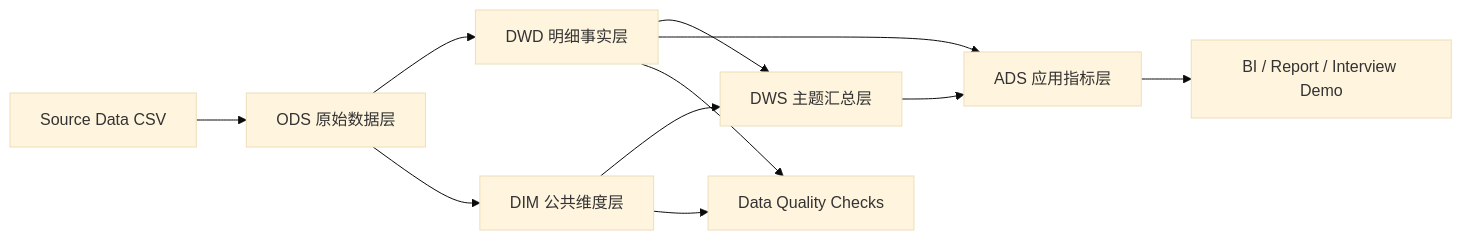
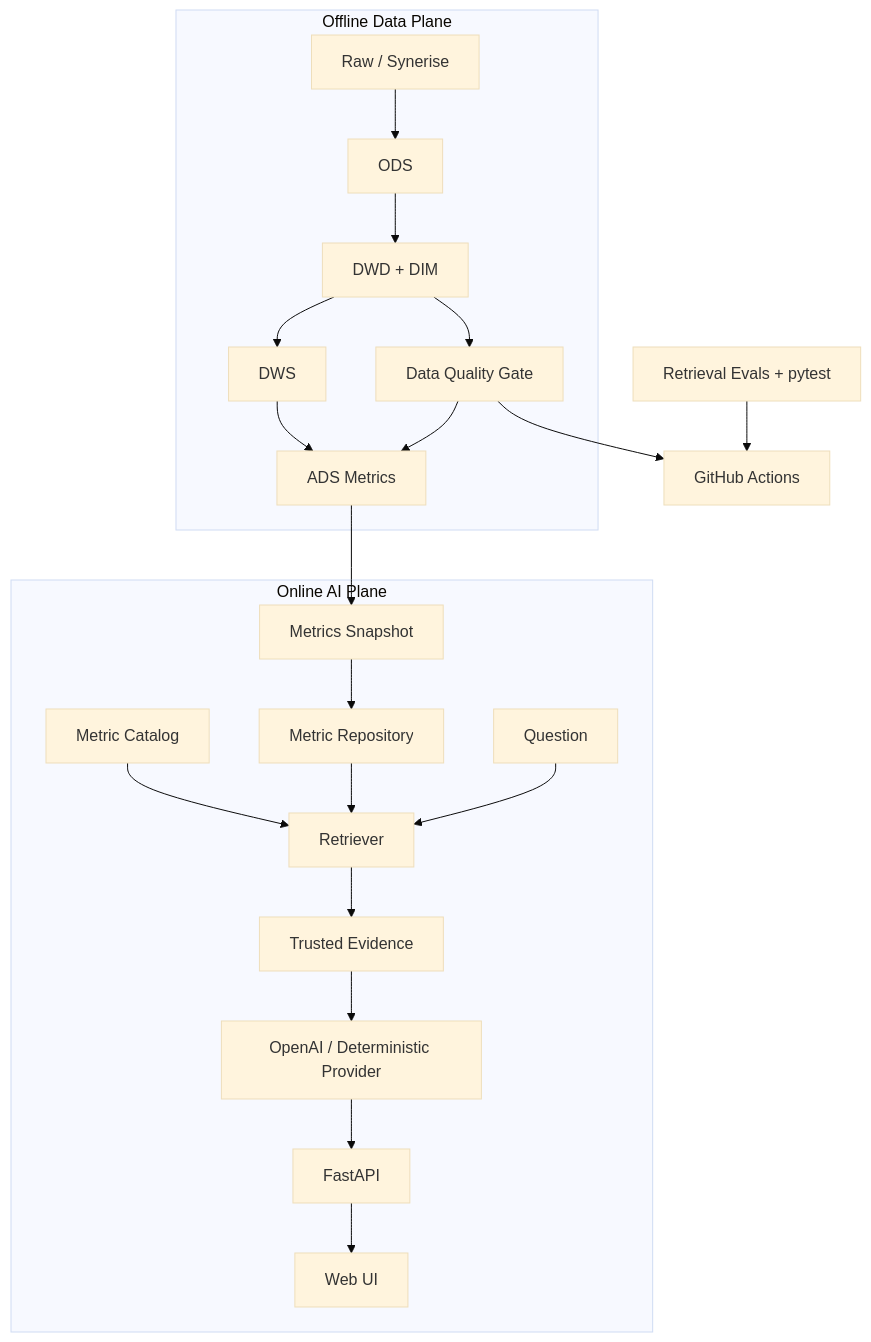
One commit to plutoczm/retailpulse-offline-lakehouse changed the diagram in docs/ARCHITECTURE.md. Above: the diagram before and after it, drawn with Mermaid (base theme). The commit also changed other lines of this file and 68 other files, not shown here.

````diff
--- a/docs/ARCHITECTURE.md
+++ b/docs/ARCHITECTURE.md
@@ -5,13 +5,26 @@
 ```mermaid
-flowchart LR
-  A[Source Data CSV] --> B[ODS 原始数据层]
-  B --> C[DWD 明细事实层]
-  B --> D[DIM 公共维度层]
-  C --> E[DWS 主题汇总层]
-  D --> E
-  E --> F[ADS 应用指标层]
-  C --> F
-  F --> G[BI / Report / Interview Demo]
-  C --> H[Data Quality Checks]
-  D --> H
+flowchart TB
+  subgraph Offline["Offline Data Plane"]
+    A[Raw / Synerise] --> B[ODS]
+    B --> C[DWD + DIM]
+    C --> D[DWS]
+    D --> E[ADS Metrics]
+    C --> Q[Data Quality Gate]
+    Q --> E
+  end
+
+  subgraph Online["Online AI Plane"]
+    E --> X[Metrics Snapshot]
+    X --> R[Metric Repository]
+    K[Metric Catalog] --> T[Retriever]
+    R --> T
+    U[Question] --> T
+    T --> V[Trusted Evidence]
+    V --> P[OpenAI / Deterministic Provider]
+    P --> API[FastAPI]
+    API --> UI[Web UI]
+  end
+
+  EV[Retrieval Evals + pytest] --> CI[GitHub Actions]
+  Q --> CI
 ```
````
